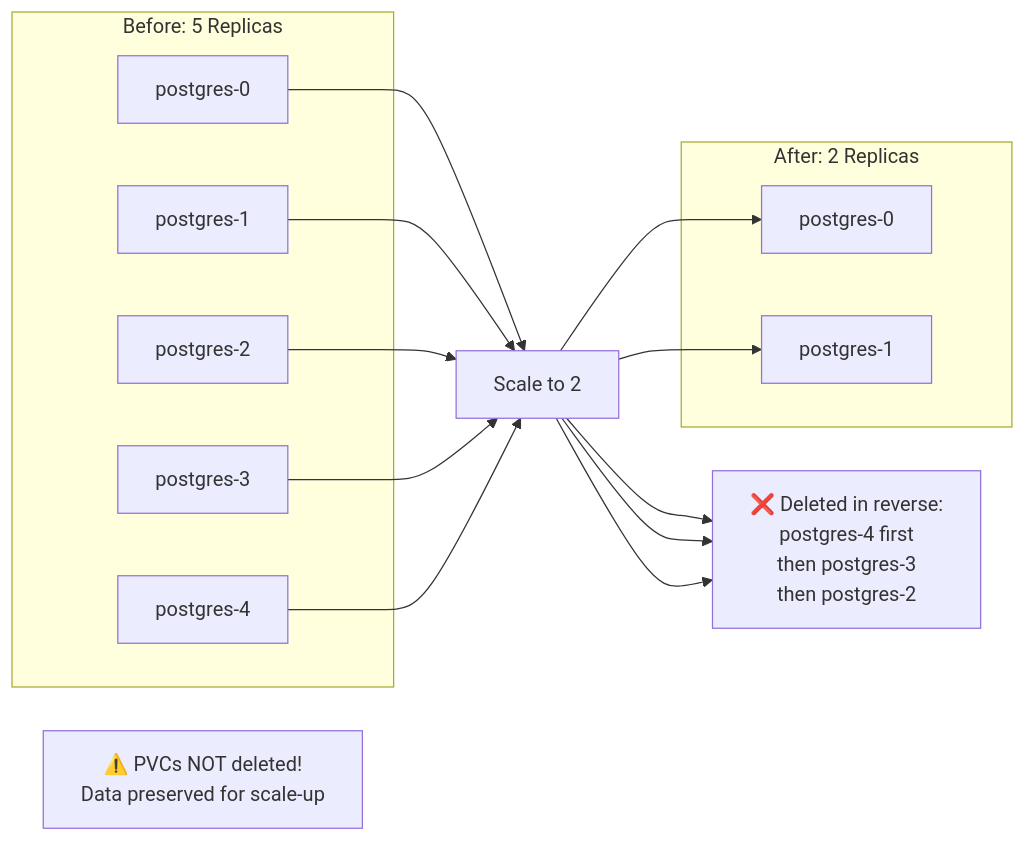
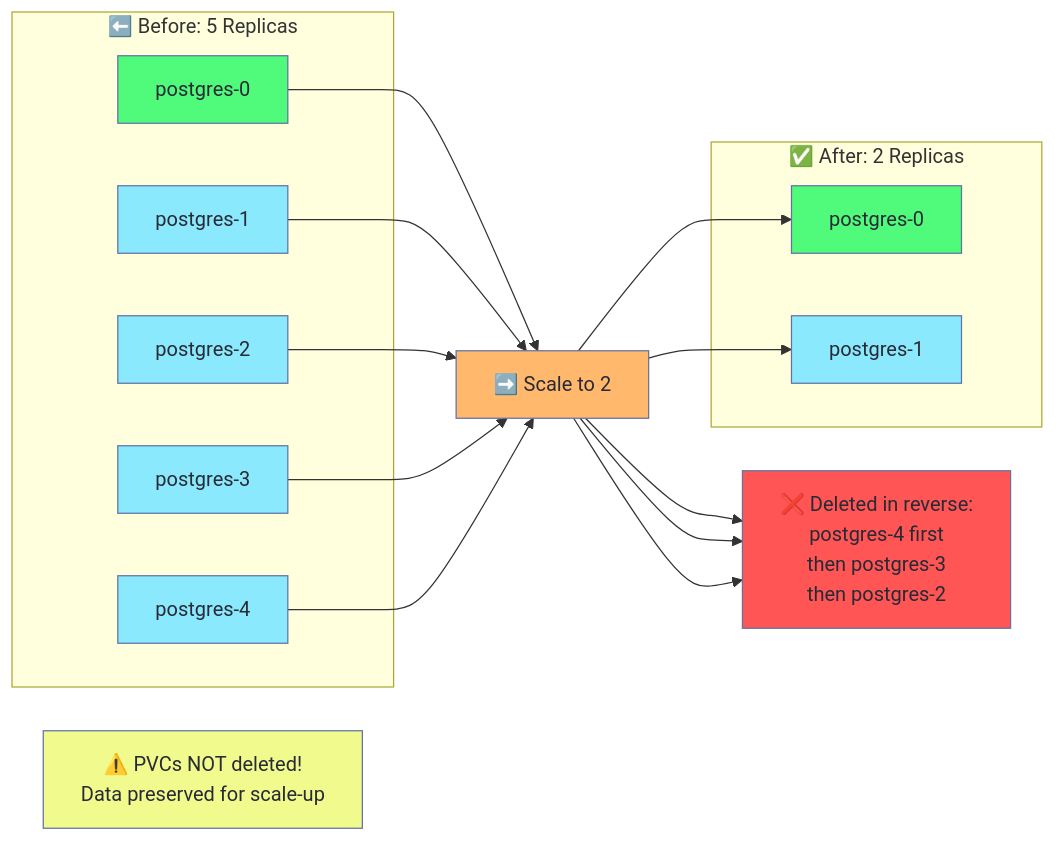
The tenth of 17 diagrams in Workload_and_Application_Management/statefulset-postgresql-explained.md (selvakumarperumal/k8s_minikube_learn), drawn with Mermaid before and after one commit. The commit also changed other lines of this file, not shown here.

Commit message:
Apply Dracula theme colors to all diagrams for consistent visibility in dark mode

````diff
--- a/Workload_and_Application_Management/statefulset-postgresql-explained.md
+++ b/Workload_and_Application_Management/statefulset-postgresql-explained.md
@@ -267,27 +324,38 @@
 ```mermaid
 flowchart LR
-    subgraph "Before: 5 Replicas"
+    subgraph BEFORE["⬅️ Before: 5 Replicas"]
         P0[postgres-0]
         P1[postgres-1]
         P2[postgres-2]
         P3[postgres-3]
         P4[postgres-4]
     end
     
-    SCALE[Scale to 2]
+    SCALE[➡️ Scale to 2]
     
-    subgraph "After: 2 Replicas"
+    subgraph AFTER["✅ After: 2 Replicas"]
         P0_2[postgres-0]
         P1_2[postgres-1]
     end
     
     P0 --> SCALE --> P0_2
     P1 --> SCALE --> P1_2
     P2 --> SCALE --> DELETED
     P3 --> SCALE --> DELETED
     P4 --> SCALE --> DELETED
     
     DELETED[❌ Deleted in reverse:<br/>postgres-4 first<br/>then postgres-3<br/>then postgres-2]
     
     Note2[⚠️ PVCs NOT deleted!<br/>Data preserved for scale-up]
+    
+    style P0 fill:#50fa7b,stroke:#6272a4,color:#282a36
+    style P1 fill:#8be9fd,stroke:#6272a4,color:#282a36
+    style P2 fill:#8be9fd,stroke:#6272a4,color:#282a36
+    style P3 fill:#8be9fd,stroke:#6272a4,color:#282a36
+    style P4 fill:#8be9fd,stroke:#6272a4,color:#282a36
+    style SCALE fill:#ffb86c,stroke:#6272a4,color:#282a36
+    style P0_2 fill:#50fa7b,stroke:#6272a4,color:#282a36
+    style P1_2 fill:#8be9fd,stroke:#6272a4,color:#282a36
+    style DELETED fill:#ff5555,stroke:#6272a4,color:#282a36
+    style Note2 fill:#f1fa8c,stroke:#6272a4,color:#282a36
 ```
````
